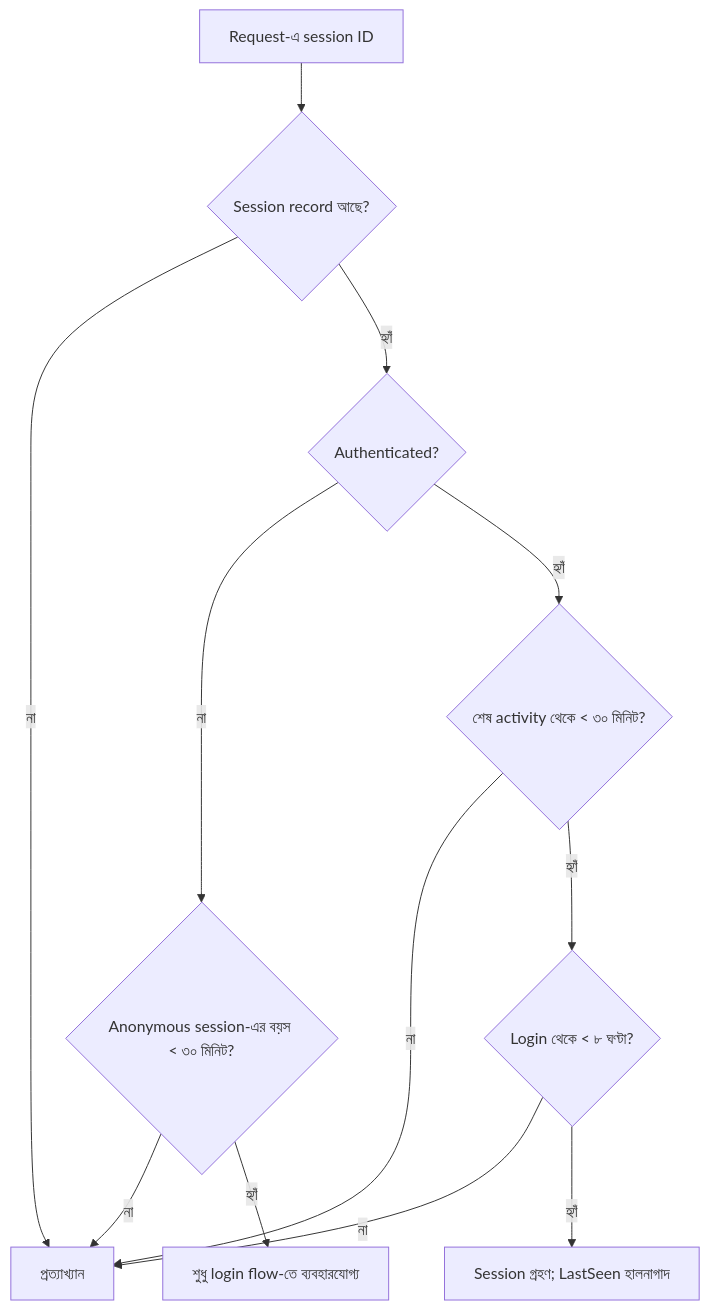
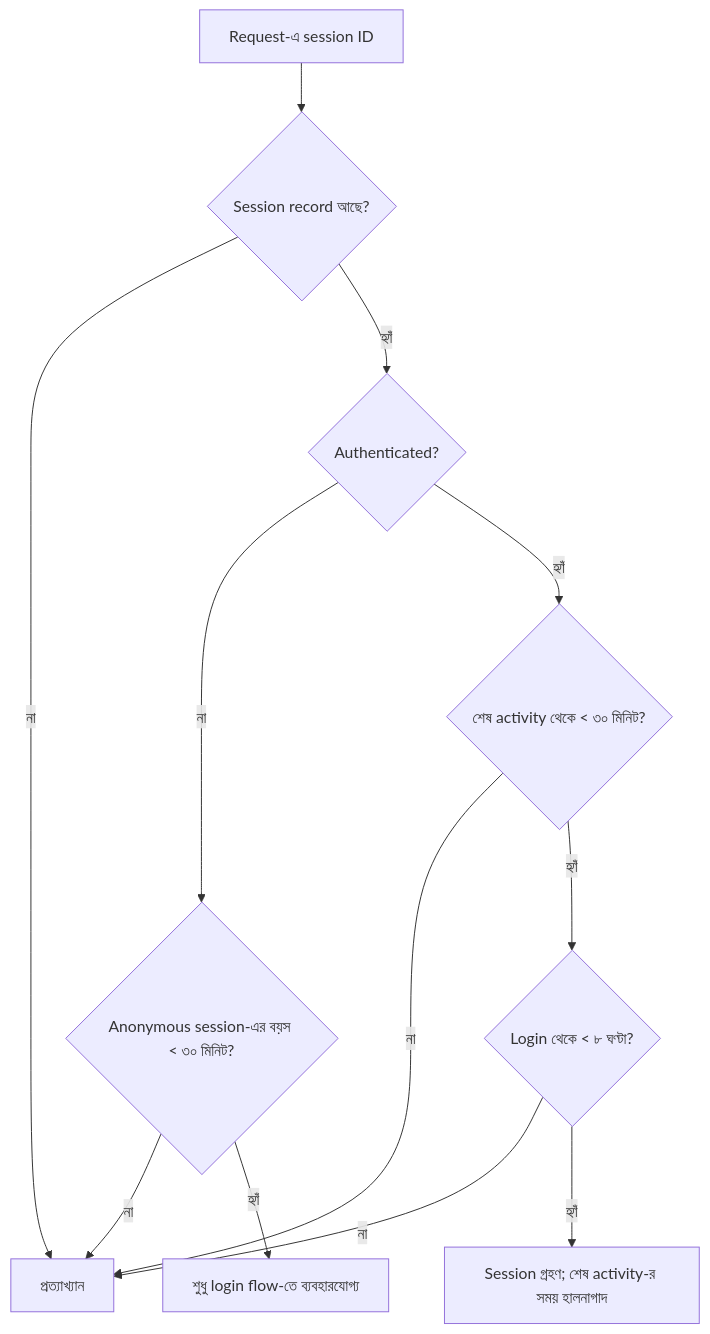
One commit to shomi-khan/auth-security-journey changed the second of 8 diagrams in series/season-1-browser-session-token/05-session-hijacking-fixation/README.md. Above: the diagram before and after it, drawn with Mermaid. The commit also changed other lines of this file, not shown here.

````diff
--- a/series/season-1-browser-session-token/05-session-hijacking-fixation/README.md
+++ b/series/season-1-browser-session-token/05-session-hijacking-fixation/README.md
@@ -160,14 +160,14 @@
 ```mermaid
 flowchart TD
     A["Request-এ session ID"] --> B{"Session record আছে?"}
     B -->|না| X["প্রত্যাখ্যান"]
     B -->|হ্যাঁ| C{"Authenticated?"}
     C -->|না| D{"Anonymous session-এর বয়স < ৩০ মিনিট?"}
     D -->|না| X
     D -->|হ্যাঁ| OKA["শুধু login flow-তে ব্যবহারযোগ্য"]
     C -->|হ্যাঁ| E{"শেষ activity থেকে < ৩০ মিনিট?"}
     E -->|না| X
     E -->|হ্যাঁ| F{"Login থেকে < ৮ ঘণ্টা?"}
     F -->|না| X
-    F -->|হ্যাঁ| OK["Session গ্রহণ; LastSeen হালনাগাদ"]
+    F -->|হ্যাঁ| OK["Session গ্রহণ; শেষ activity-র সময় হালনাগাদ"]
 ```
````
